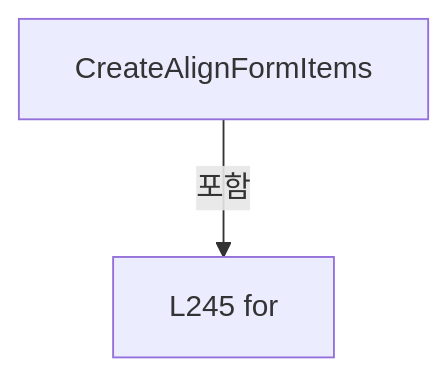
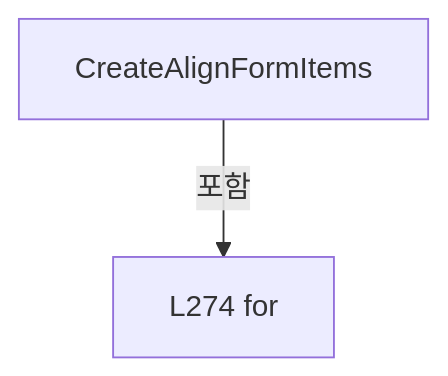
One commit to kjuws10-rgb/Shared changed the fifth of 17 diagrams in A3 LD Code Ref/files/Drilling.File/JHMI/CSettingFile.cs.md. Above: the diagram before and after it, drawn with Mermaid. The commit also changed other lines of this file and 1984 other files, not shown here.

Commit message:
docs(a3): update 11.17.0 architecture and complete code reference

````diff
--- a/A3 LD Code Ref/files/Drilling.File/JHMI/CSettingFile.cs.md
+++ b/A3 LD Code Ref/files/Drilling.File/JHMI/CSettingFile.cs.md
@@ -1164,6 +1225,6 @@
 ```mermaid
 flowchart TD
  M["CreateAlignFormItems"]
- N0["L245 for"]
+ N0["L274 for"]
  M -->|포함| N0
 ```
````
